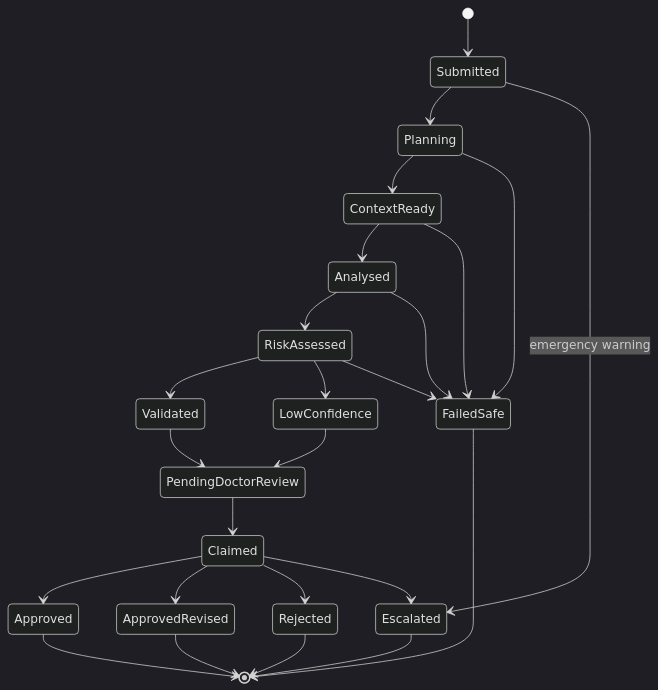
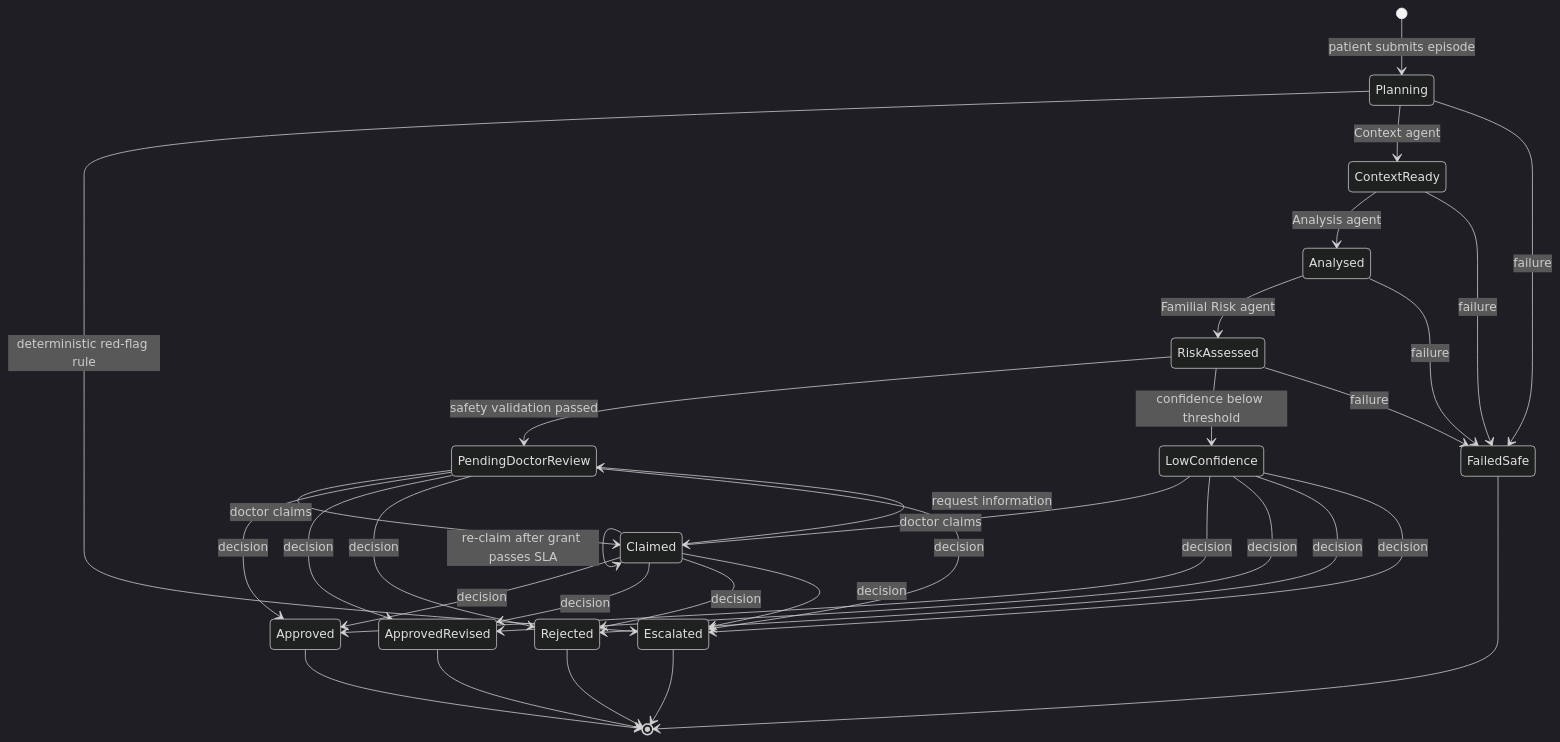
The third of 6 diagrams in docs/university/FINAL_REPORT.md (sahansbandara/Family-Veda-SEF-Project), drawn with Mermaid (dark theme) before and after one commit. The commit also changed other lines of this file and 63 other files, not shown here.

First line of the commit message:
docs: complete final report evidence, UML diagrams, ADRs and testing report

````diff
--- a/docs/university/FINAL_REPORT.md
+++ b/docs/university/FINAL_REPORT.md
@@ -799,27 +731,35 @@
 ```mermaid
 stateDiagram-v2
-    [*] --> Submitted
-    Submitted --> Planning
-    Submitted --> Escalated: emergency warning
-    Planning --> ContextReady
-    Planning --> FailedSafe
-    ContextReady --> Analysed
-    ContextReady --> FailedSafe
-    Analysed --> RiskAssessed
-    Analysed --> FailedSafe
-    RiskAssessed --> Validated
-    RiskAssessed --> LowConfidence
-    RiskAssessed --> FailedSafe
-    Validated --> PendingDoctorReview
-    LowConfidence --> PendingDoctorReview
-    PendingDoctorReview --> Claimed
-    Claimed --> Approved
-    Claimed --> ApprovedRevised
-    Claimed --> Rejected
-    Claimed --> Escalated
+    [*] --> Planning: patient submits episode
+    Planning --> Escalated: deterministic red-flag rule
+    Planning --> ContextReady: Context agent
+    ContextReady --> Analysed: Analysis agent
+    Analysed --> RiskAssessed: Familial Risk agent
+    RiskAssessed --> PendingDoctorReview: safety validation passed
+    RiskAssessed --> LowConfidence: confidence below threshold
+    Planning --> FailedSafe: failure
+    ContextReady --> FailedSafe: failure
+    Analysed --> FailedSafe: failure
+    RiskAssessed --> FailedSafe: failure
+    PendingDoctorReview --> Claimed: doctor claims
+    LowConfidence --> Claimed: doctor claims
+    Claimed --> Claimed: re-claim after grant passes SLA
+    PendingDoctorReview --> Approved: decision
+    PendingDoctorReview --> ApprovedRevised: decision
+    PendingDoctorReview --> Rejected: decision
+    PendingDoctorReview --> Escalated: decision
+    LowConfidence --> Approved: decision
+    LowConfidence --> ApprovedRevised: decision
+    LowConfidence --> Rejected: decision
+    LowConfidence --> Escalated: decision
+    Claimed --> Approved: decision
+    Claimed --> ApprovedRevised: decision
+    Claimed --> Rejected: decision
+    Claimed --> Escalated: decision
+    Claimed --> PendingDoctorReview: request information
     Approved --> [*]
     ApprovedRevised --> [*]
     Rejected --> [*]
     Escalated --> [*]
     FailedSafe --> [*]
 ```
````
